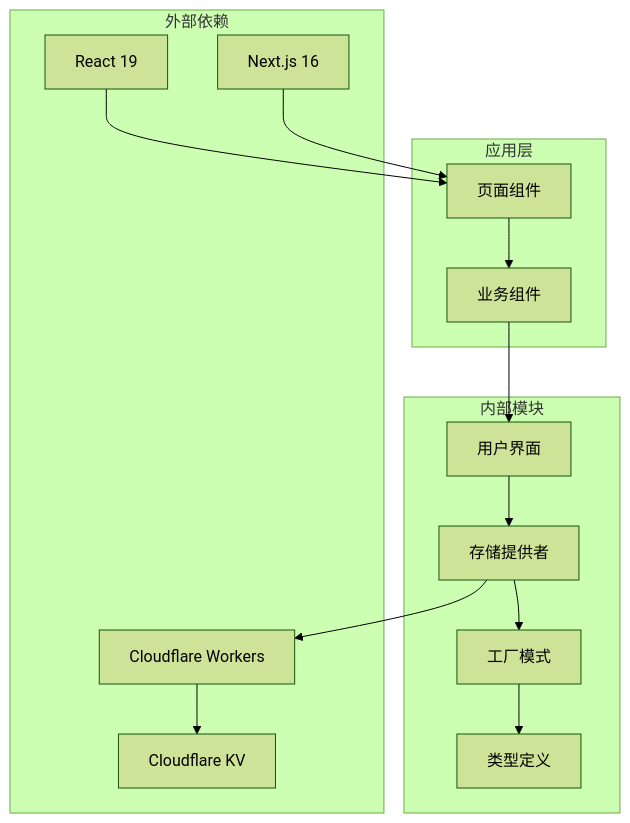
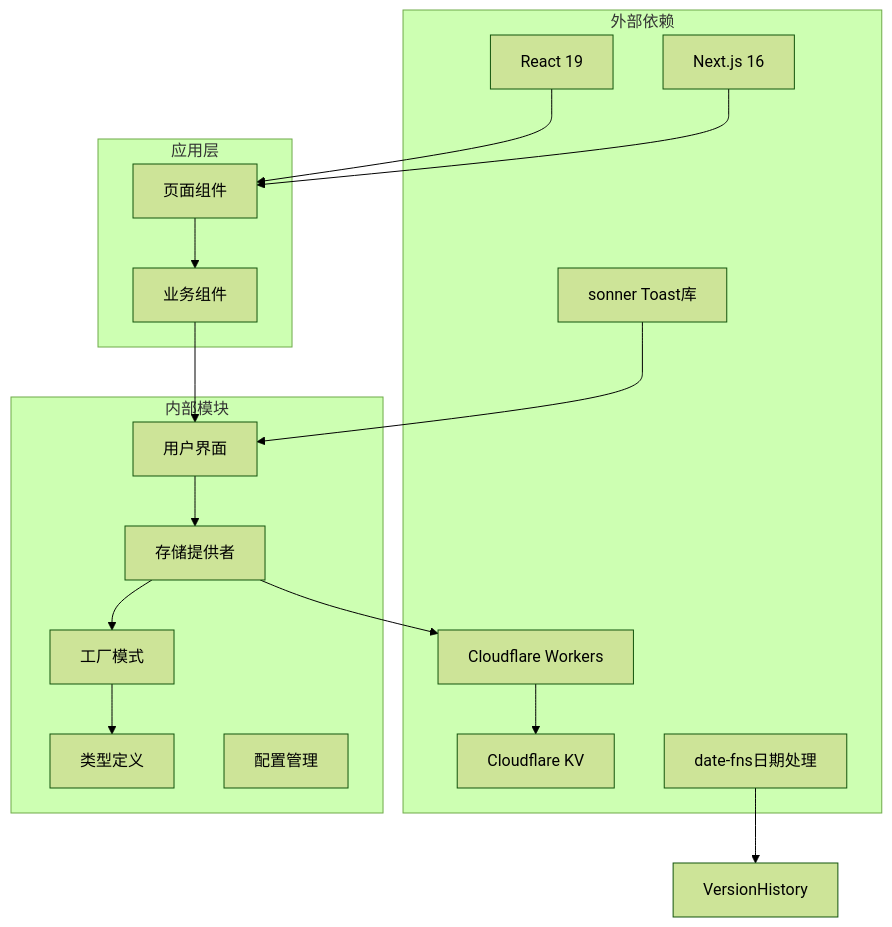
Before and after one commit to steveyu2/formula-mapper: the ninth of 9 diagrams in .qoder/repowiki/zh/content/用户指南/数据管理/云同步集成.md, drawn with Mermaid (forest theme). The commit also changed other lines of this file and 7 other files, not shown here.

````diff
--- a/.qoder/repowiki/zh/content/用户指南/数据管理/云同步集成.md
+++ b/.qoder/repowiki/zh/content/用户指南/数据管理/云同步集成.md
@@ -264,28 +401,33 @@
 ```mermaid
 graph TB
 subgraph "外部依赖"
 CF[Cloudflare Workers]
 KV[Cloudflare KV]
 React[React 19]
 Next[Next.js 16]
+Sonner[sonner Toast库]
+datefns[date-fns日期处理]
 end
 subgraph "内部模块"
 Types[类型定义]
 Factory[工厂模式]
 Provider[存储提供者]
 UI[用户界面]
+Config[配置管理]
 end
 subgraph "应用层"
 Page[页面组件]
 Components[业务组件]
 end
 Page --> Components
 Components --> UI
 UI --> Provider
 Provider --> Factory
 Factory --> Types
 Provider --> CF
 CF --> KV
 React --> Page
 Next --> Page
+Sonner --> UI
+datefns --> VersionHistory
 ```
````
